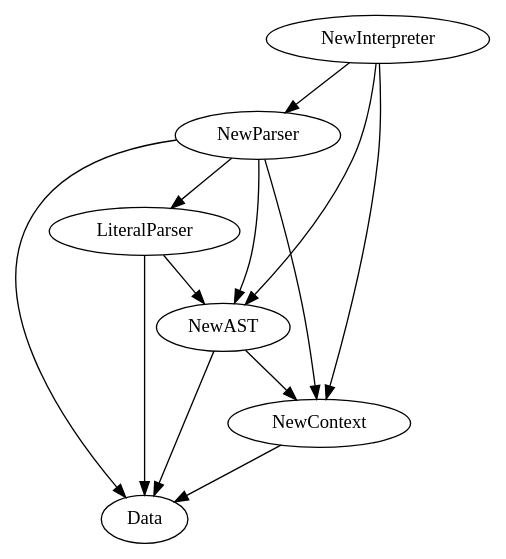
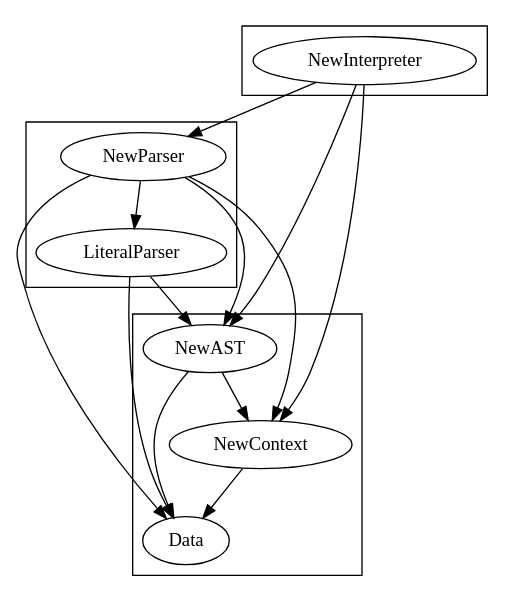
One commit to nilsceberg/asp-js changed the diagram in dependency.dot. Above: the diagram before and after it, drawn with Graphviz. The commit also changed 6 other files, not shown here.

Commit message:
Move NewContext to program directory

```diff
--- a/dependency.dot
+++ b/dependency.dot
@@ -1,34 +1,33 @@
 digraph deps {
-	//subgraph cluster_parser {
-	//	NewParser;
-	//	Literals;
-	//}
+	subgraph cluster_parser {
+		NewParser;
+		LiteralParser;
+	}
 
-	//subgraph cluster_program {
-	//	NewAST;
-	//	VBFunc;
-	//	Data;
-	//}
+	subgraph cluster_program {
+		NewAST;
+		Data;
+		NewContext;
+	}
 
-	//subgraph cluster_runtime {
-	//	NewContext;
-	//	NewInterpreter;
-	//}
+	subgraph cluster_runtime {
+		NewInterpreter;
+	}
 
 	NewParser -> NewAST;
 	NewParser -> LiteralParser;
 	NewParser -> Data;
 	NewParser -> NewContext;
 
 	LiteralParser -> NewAST;
 	LiteralParser -> Data;
 
 	NewAST -> NewContext;
 	NewAST -> Data;
 
 	NewContext -> Data;
 
 	NewInterpreter -> NewParser;
 	NewInterpreter -> NewContext;
 	NewInterpreter -> NewAST;
 }
```
